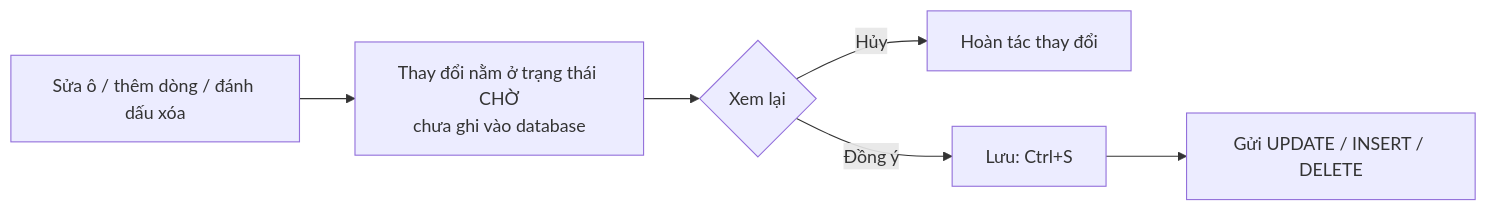
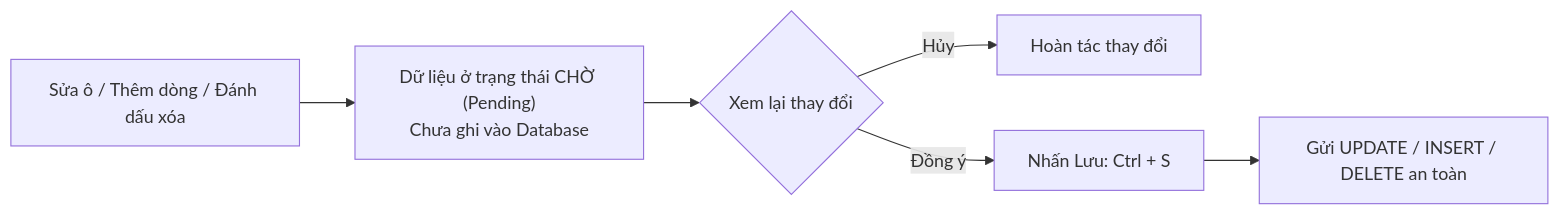
The third of 6 diagrams in HUONG_DAN_SU_DUNG.md (bakaryuu1997-sys/Tabularis), drawn with Mermaid before and after one commit. The commit also changed other lines of this file and 1 other file, not shown here.

````diff
--- a/HUONG_DAN_SU_DUNG.md
+++ b/HUONG_DAN_SU_DUNG.md
@@ -166,8 +134,8 @@
 ```mermaid
 flowchart LR
-  A[Sửa ô / thêm dòng / đánh dấu xóa] --> B[Thay đổi nằm ở trạng thái CHỜ<br/>chưa ghi vào database]
-  B --> C{Xem lại}
-  C -->|Hủy| D[Hoàn tác thay đổi]
-  C -->|Đồng ý| E[Lưu: Ctrl+S]
-  E --> F[Gửi UPDATE / INSERT / DELETE]
+  A["Sửa ô / Thêm dòng / Đánh dấu xóa"] --> B["Dữ liệu ở trạng thái CHỜ (Pending)<br/>Chưa ghi vào Database"]
+  B --> C{"Xem lại thay đổi"}
+  C -->|"Hủy"| D["Hoàn tác thay đổi"]
+  C -->|"Đồng ý"| E["Nhấn Lưu: Ctrl + S"]
+  E --> F["Gửi UPDATE / INSERT / DELETE an toàn"]
 ```
````
